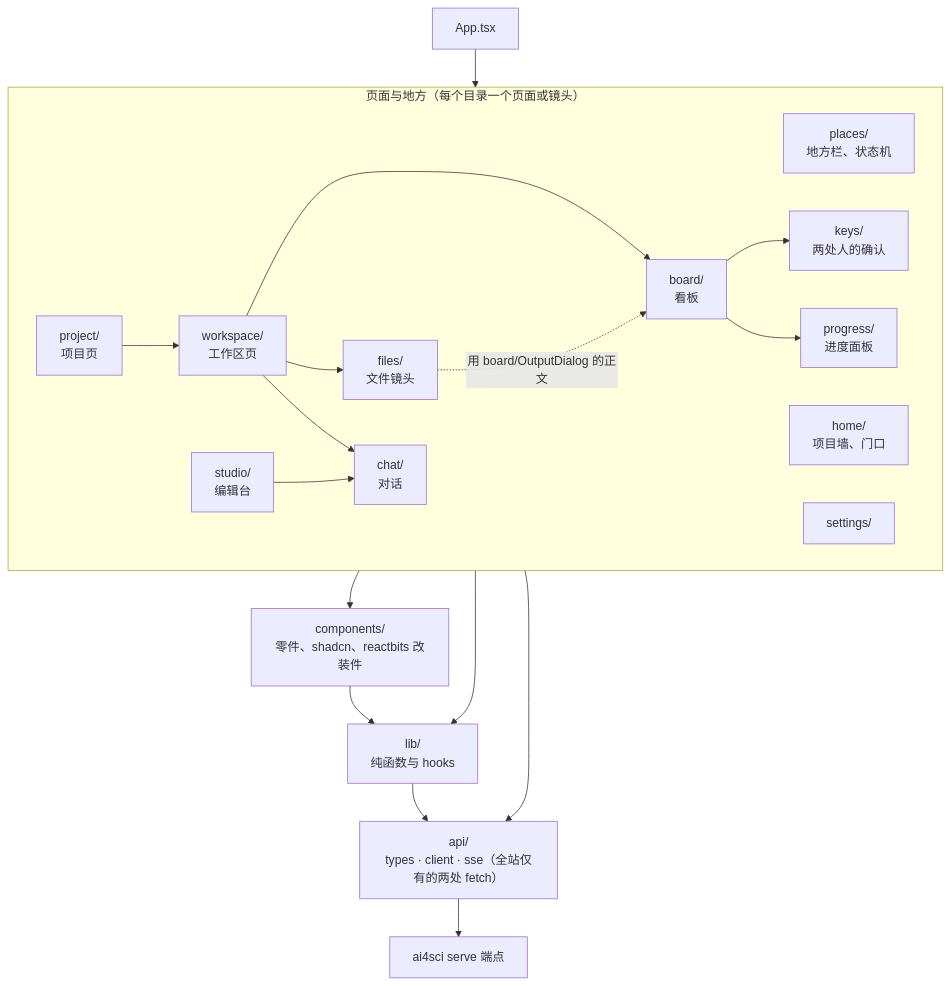
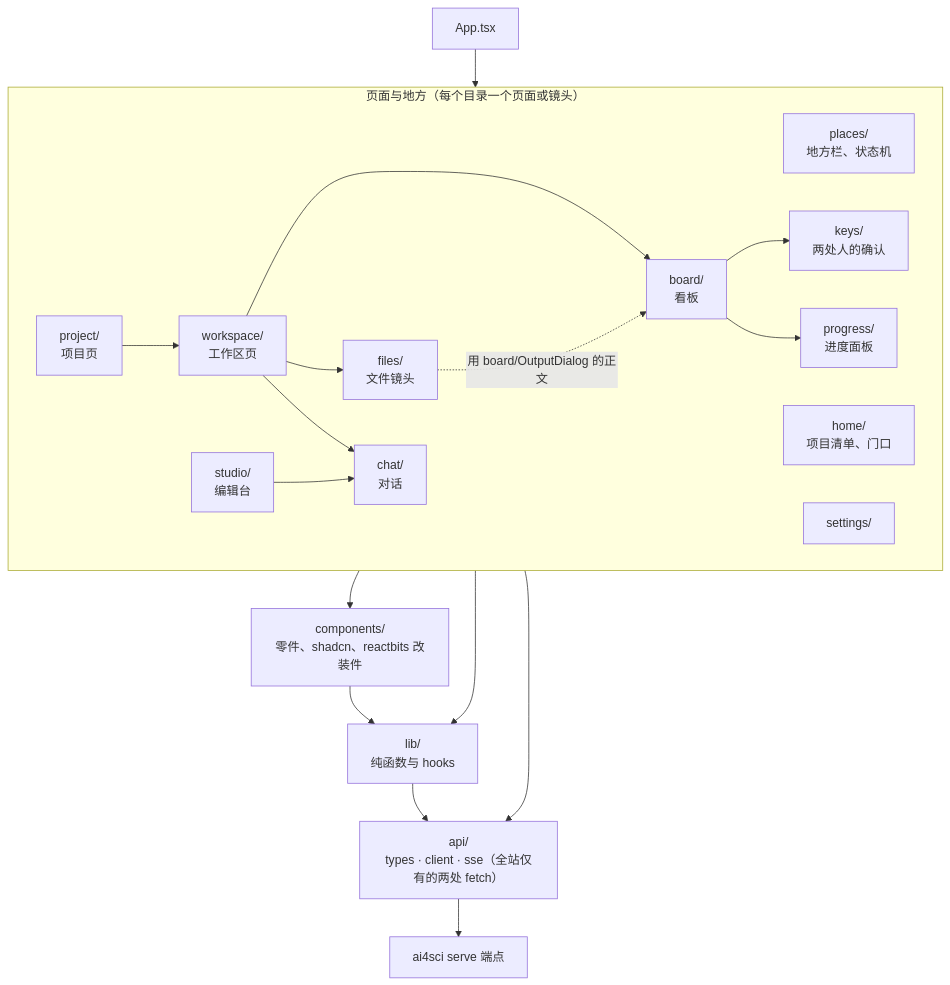
The second of 2 diagrams in ui/README.md (zephyr4123/TJU-AI4Science-Platform), drawn with Mermaid before and after one commit. The commit also changed 15 other files, not shown here.

First line of the commit message:
首页项目墙改成一行一个的项目清单：不放封面图，玻璃垫极光，加搜索（#249）

````diff
--- a/ui/README.md
+++ b/ui/README.md
@@ -60,37 +60,37 @@
 ```mermaid
 flowchart TB
   APP["App.tsx"]
   subgraph PAGES["页面与地方（每个目录一个页面或镜头）"]
     direction LR
     PLACES["places/<br/>地方栏、状态机"]
-    HOME["home/<br/>项目墙、门口"]
+    HOME["home/<br/>项目清单、门口"]
     PROJ["project/<br/>项目页"]
     WSP["workspace/<br/>工作区页"]
     BOARD["board/<br/>看板"]
     FILES["files/<br/>文件镜头"]
     CHAT["chat/<br/>对话"]
     STUDIO["studio/<br/>编辑台"]
     SET["settings/"]
     KEYS["keys/<br/>两处人的确认"]
     PROG["progress/<br/>进度面板"]
     PROJ --> WSP
     WSP --> BOARD
     WSP --> FILES
     WSP --> CHAT
     STUDIO --> CHAT
     BOARD --> KEYS
     BOARD --> PROG
     FILES -. "用 board/OutputDialog 的正文" .-> BOARD
   end
   COMP["components/<br/>零件、shadcn、reactbits 改装件"]
   LIB["lib/<br/>纯函数与 hooks"]
   API["api/<br/>types · client · sse（全站仅有的两处 fetch）"]
   SRV["ai4sci serve 端点"]
   APP --> PAGES
   PAGES --> COMP
   PAGES --> LIB
   PAGES --> API
   COMP --> LIB
   LIB --> API
   API --> SRV
 ```
````
